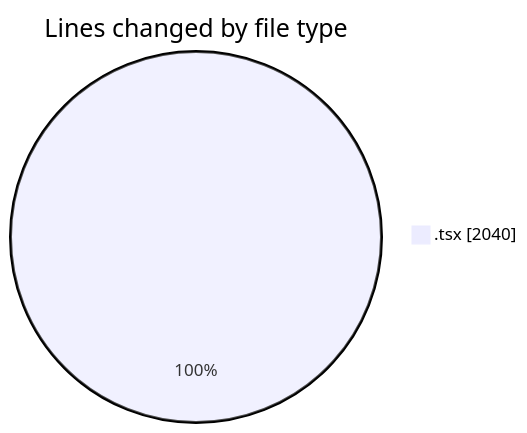
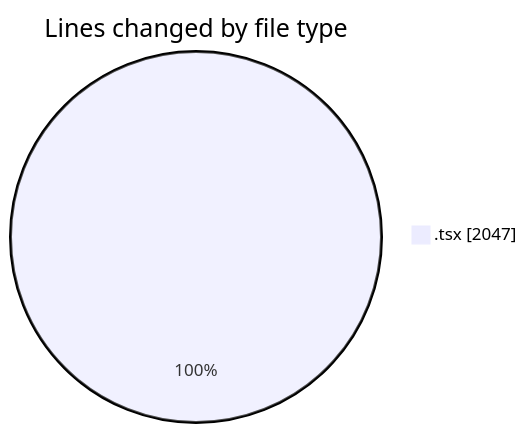
One commit to nxtqubesakshisongat/code-tracking changed the first of 2 diagrams in 2026-03-22/nxtqube_webapp/README.md. Above: the diagram before and after it, drawn with Mermaid. The commit also changed other lines of this file and 1 other file, not shown here.

````diff
--- a/2026-03-22/nxtqube_webapp/README.md
+++ b/2026-03-22/nxtqube_webapp/README.md
@@ -22,5 +22,5 @@
 ```mermaid
 pie showData
 title Lines changed by file type
-".tsx" : 2040
+".tsx" : 2047
 ```
````
